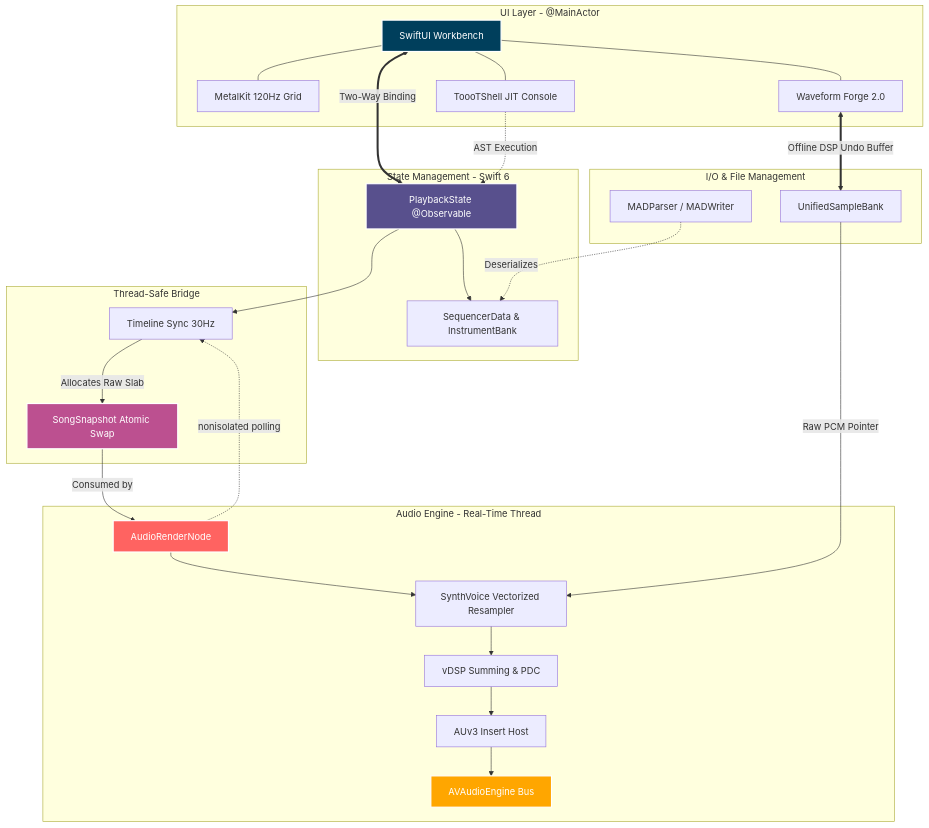
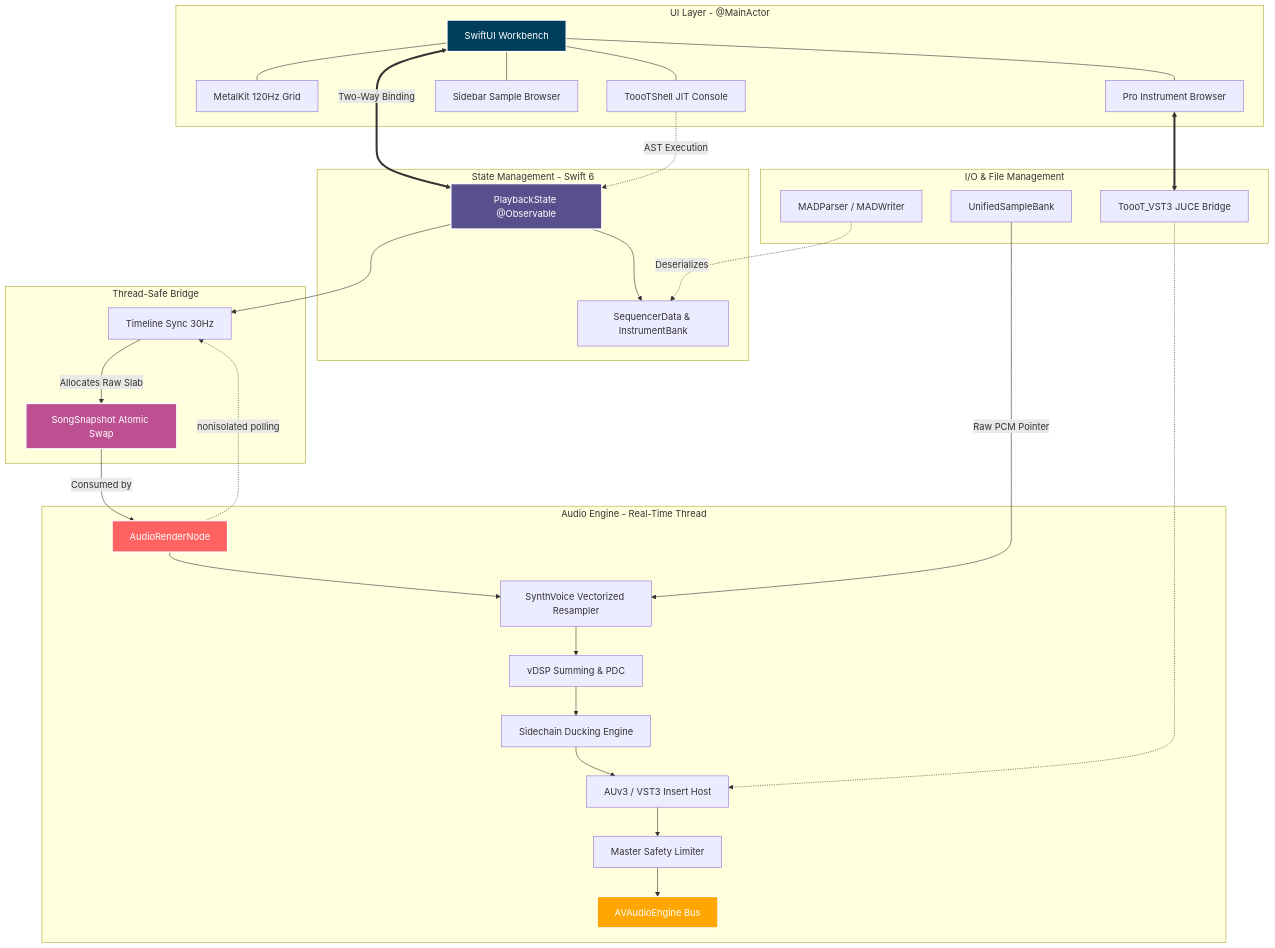
Before and after one commit to mstits/Tooot: the diagram in README.md, drawn with Mermaid. The commit also changed other lines of this file and 23 other files, not shown here.

Commit message:
feat: implementation of Native Instruments/VST3 support, pro sidebar browser, master safety limiter, and sidechain ducking engine. Includes clean build fixes and documentation updates.

````diff
--- a/README.md
+++ b/README.md
@@ -66,59 +70,66 @@
 ```mermaid
 graph TD;
     %% UI Layer
     subgraph UILayer [UI Layer - @MainActor]
         UI_WB[SwiftUI Workbench]
         UI_Metal[MetalKit 120Hz Grid]
         UI_JIT[ToooTShell JIT Console]
-        UI_Wave[Waveform Forge 2.0]
-        UI_WB --- UI_Metal & UI_JIT & UI_Wave
+        UI_Browser[Sidebar Sample Browser]
+        UI_NI[Pro Instrument Browser]
+        UI_WB --- UI_Metal & UI_JIT & UI_Browser & UI_NI
     end
 
     %% State Layer
     subgraph StateLayer [State Management - Swift 6]
         State_PS[PlaybackState @Observable]
         State_Seq[SequencerData & InstrumentBank]
         UI_WB <==>|Two-Way Binding| State_PS
         State_PS --> State_Seq
         UI_JIT -.->|AST Execution| State_PS
     end
 
     %% Bridge
     subgraph BridgeLayer [Thread-Safe Bridge]
         Bridge_TL[Timeline Sync 30Hz]
         Bridge_Snap[SongSnapshot Atomic Swap]
         State_PS --> Bridge_TL
         Bridge_TL -->|Allocates Raw Slab| Bridge_Snap
     end
 
     %% Real-Time Audio Layer
     subgraph AudioLayer [Audio Engine - Real-Time Thread]
         Audio_RN[AudioRenderNode]
         Audio_Voice[SynthVoice Vectorized Resampler]
         Audio_vDSP[vDSP Summing & PDC]
-        Audio_AUv3[AUv3 Insert Host]
+        Audio_SC[Sidechain Ducking Engine]
+        Audio_Lim[Master Safety Limiter]
+        Audio_AUv3[AUv3 / VST3 Insert Host]
         Audio_Out[AVAudioEngine Bus]
         
         Bridge_Snap -->|Consumed by| Audio_RN
         Audio_RN --> Audio_Voice
         Audio_Voice --> Audio_vDSP
-        Audio_vDSP --> Audio_AUv3
-        Audio_AUv3 --> Audio_Out
+        Audio_vDSP --> Audio_SC
+        Audio_SC --> Audio_AUv3
+        Audio_AUv3 --> Audio_Lim
+        Audio_Lim --> Audio_Out
         Audio_RN -.->|nonisolated polling| Bridge_TL
     end
 
     %% I/O Layer
     subgraph IOLayer [I/O & File Management]
         IO_Bank[UnifiedSampleBank]
         IO_MAD[MADParser / MADWriter]
-        UI_Wave <==>|Offline DSP Undo Buffer| IO_Bank
+        IO_VST[ToooT_VST3 JUCE Bridge]
+        UI_NI <==> IO_VST
+        IO_VST -.-> Audio_AUv3
         IO_Bank -->|Raw PCM Pointer| Audio_Voice
         IO_MAD -.->|Deserializes| State_Seq
     end
 
     style UI_WB fill:#003f5c,stroke:#fff,stroke-width:2px,color:#fff
     style State_PS fill:#58508d,stroke:#fff,stroke-width:2px,color:#fff
     style Bridge_Snap fill:#bc5090,stroke:#fff,stroke-width:2px,color:#fff
     style Audio_RN fill:#ff6361,stroke:#fff,stroke-width:2px,color:#fff
     style Audio_Out fill:#ffa600,stroke:#fff,stroke-width:2px,color:#fff
 ```
````
